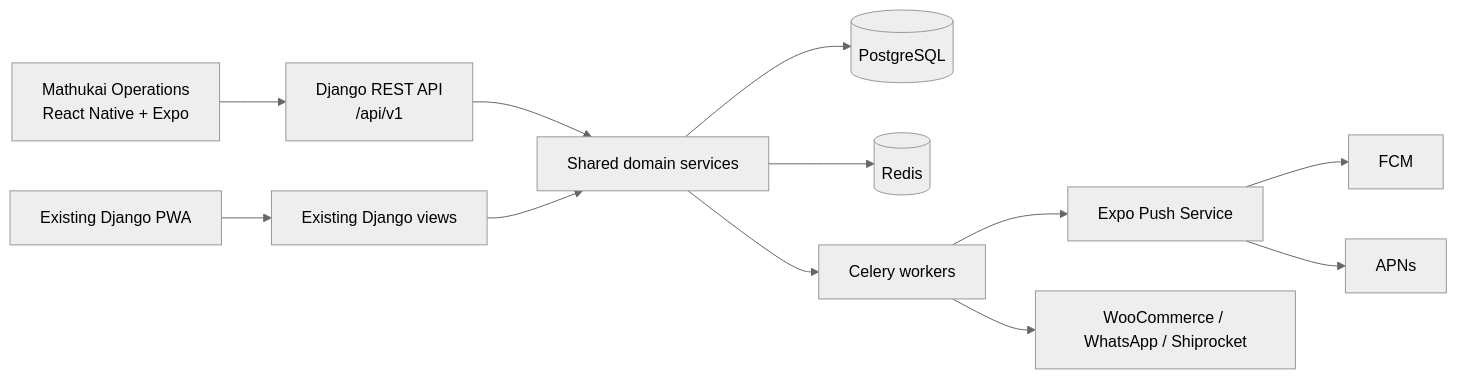
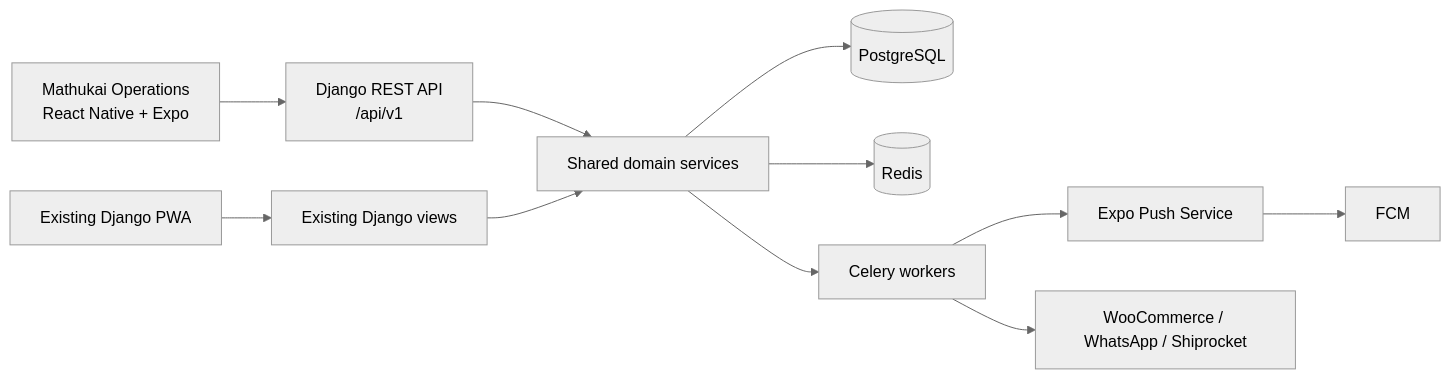
One commit to ramchand2009/quickship changed the first of 6 diagrams in QuickShip_SaaS_V4_Enterprise_Engineering_Handbook/docs/02_architecture/mobile_phase1_runtime_architecture.md. Above: the diagram before and after it, drawn with Mermaid (neutral theme). The commit also changed other lines of this file and 6 other files, not shown here.

````diff
--- a/QuickShip_SaaS_V4_Enterprise_Engineering_Handbook/docs/02_architecture/mobile_phase1_runtime_architecture.md
+++ b/QuickShip_SaaS_V4_Enterprise_Engineering_Handbook/docs/02_architecture/mobile_phase1_runtime_architecture.md
@@ -36,27 +36,25 @@
 ```mermaid
 flowchart LR
     Mobile["Mathukai Operations\nReact Native + Expo"]
     Web["Existing Django PWA"]
     API["Django REST API\n/api/v1"]
     WebViews["Existing Django views"]
     Services["Shared domain services"]
     DB[(PostgreSQL)]
     Redis[(Redis)]
     Celery["Celery workers"]
     Expo["Expo Push Service"]
     FCM["FCM"]
-    APNs["APNs"]
     External["WooCommerce / WhatsApp / Shiprocket"]
 
     Mobile --> API
     Web --> WebViews
     API --> Services
     WebViews --> Services
     Services --> DB
     Services --> Redis
     Services --> Celery
     Celery --> Expo
     Expo --> FCM
-    Expo --> APNs
     Celery --> External
 ```
````
